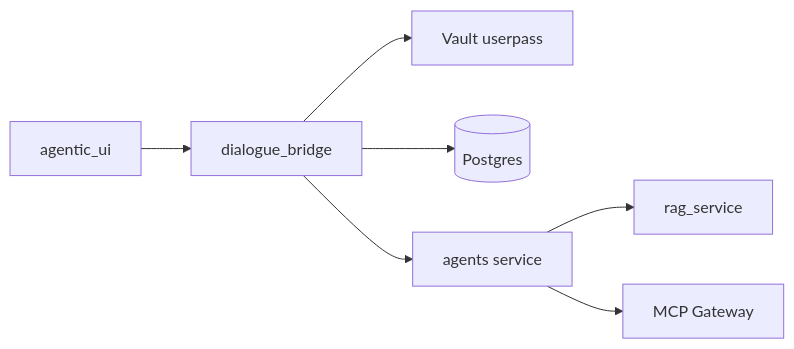
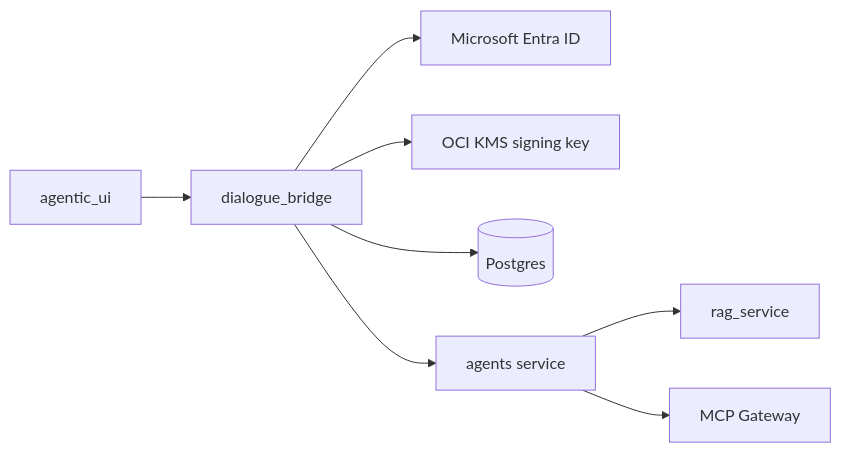
The first of 7 diagrams in magenticx/dialogue_bridge/README.md (konstantinosmpouros/mAgenticX), drawn with Mermaid before and after one commit. The commit also changed other lines of this file and 44 other files, not shown here.

Commit message:
feat(dialogue_bridge,agentic_ui): make Microsoft Entra SSO the only login and sign session tokens with an OCI KMS HSM key instead of Vault

````diff
--- a/magenticx/dialogue_bridge/README.md
+++ b/magenticx/dialogue_bridge/README.md
@@ -32,9 +32,10 @@
 ```mermaid
 flowchart LR
     UI[agentic_ui] --> BRIDGE[dialogue_bridge]
-    BRIDGE --> VAULT[Vault userpass]
+    BRIDGE --> ENTRA[Microsoft Entra ID]
+    BRIDGE --> KMS[OCI KMS signing key]
     BRIDGE --> PG[(Postgres)]
     BRIDGE --> AGENTS[agents service]
     AGENTS --> RAG[rag_service]
     AGENTS --> MCP[MCP Gateway]
 ```
````
